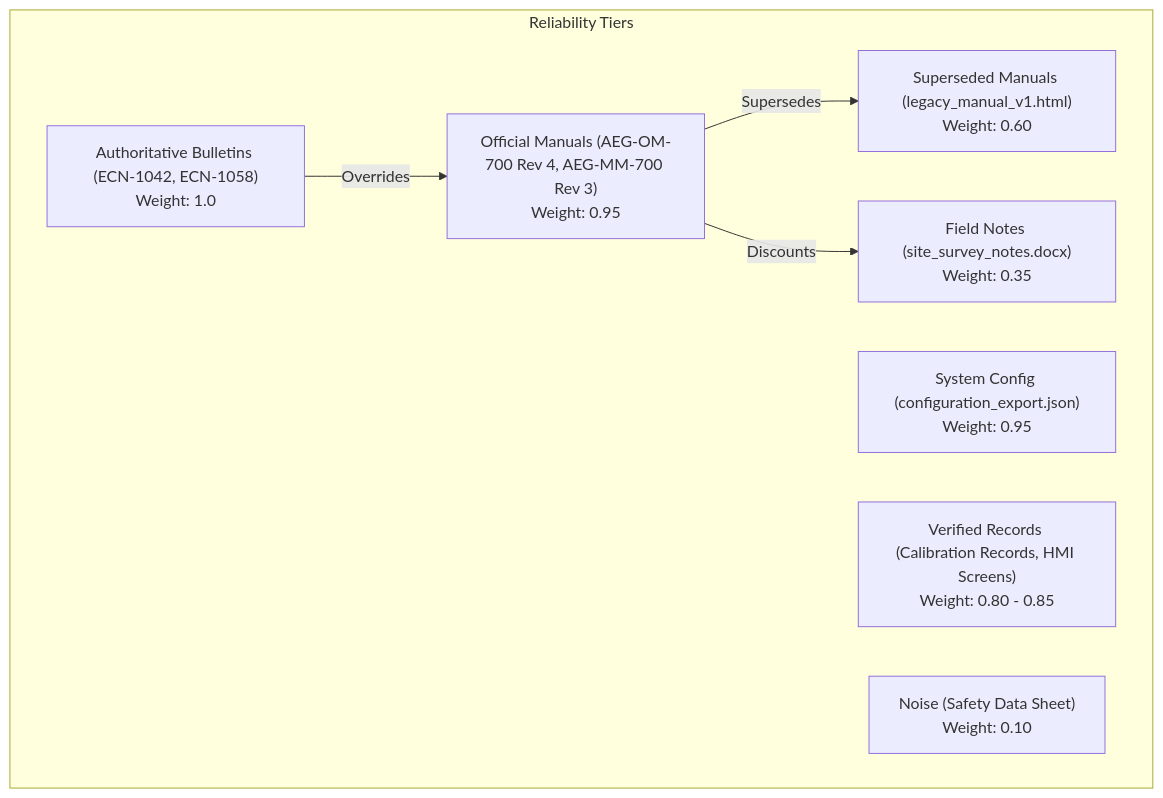
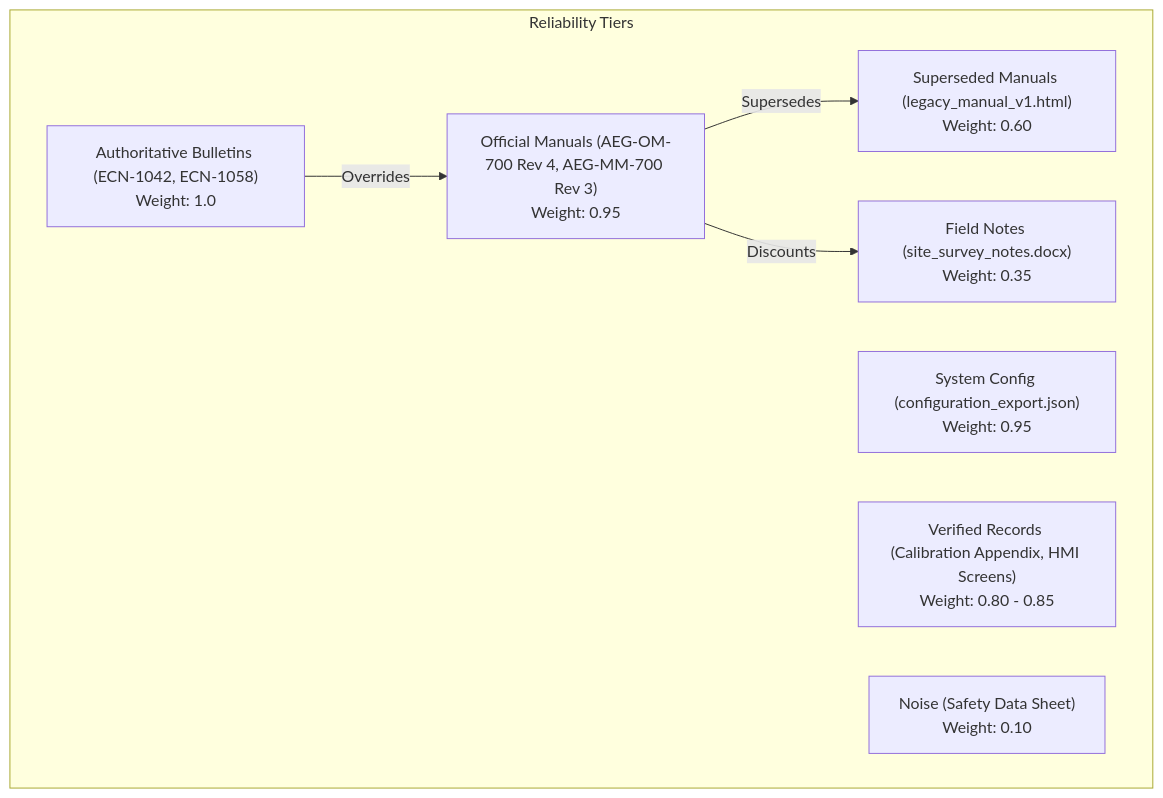
Before and after one commit to aaxonxn/Aegis: the second of 2 diagrams in architecture_report.md, drawn with Mermaid. The commit also changed other lines of this file and 5 other files, not shown here.

Commit message:
update README with architecture, evaluation metrics, and comprehensive feature list

````diff
--- a/architecture_report.md
+++ b/architecture_report.md
@@ -205,16 +151,16 @@
 ```mermaid
 flowchart TD
     subgraph Reliability Tiers
         T1["Authoritative Bulletins (ECN-1042, ECN-1058)<br/>Weight: 1.0"]
         T2["System Config (configuration_export.json)<br/>Weight: 0.95"]
         T3["Official Manuals (AEG-OM-700 Rev 4, AEG-MM-700 Rev 3)<br/>Weight: 0.95"]
-        T4["Verified Records (Calibration Records, HMI Screens)<br/>Weight: 0.80 - 0.85"]
+        T4["Verified Records (Calibration Appendix, HMI Screens)<br/>Weight: 0.80 - 0.85"]
         T5["Superseded Manuals (legacy_manual_v1.html)<br/>Weight: 0.60"]
         T6["Field Notes (site_survey_notes.docx)<br/>Weight: 0.35"]
         T7["Noise (Safety Data Sheet)<br/>Weight: 0.10"]
     end
 
     T1 -->|Overrides| T3
     T3 -->|Supersedes| T5
     T3 -->|Discounts| T6
 ```
````
